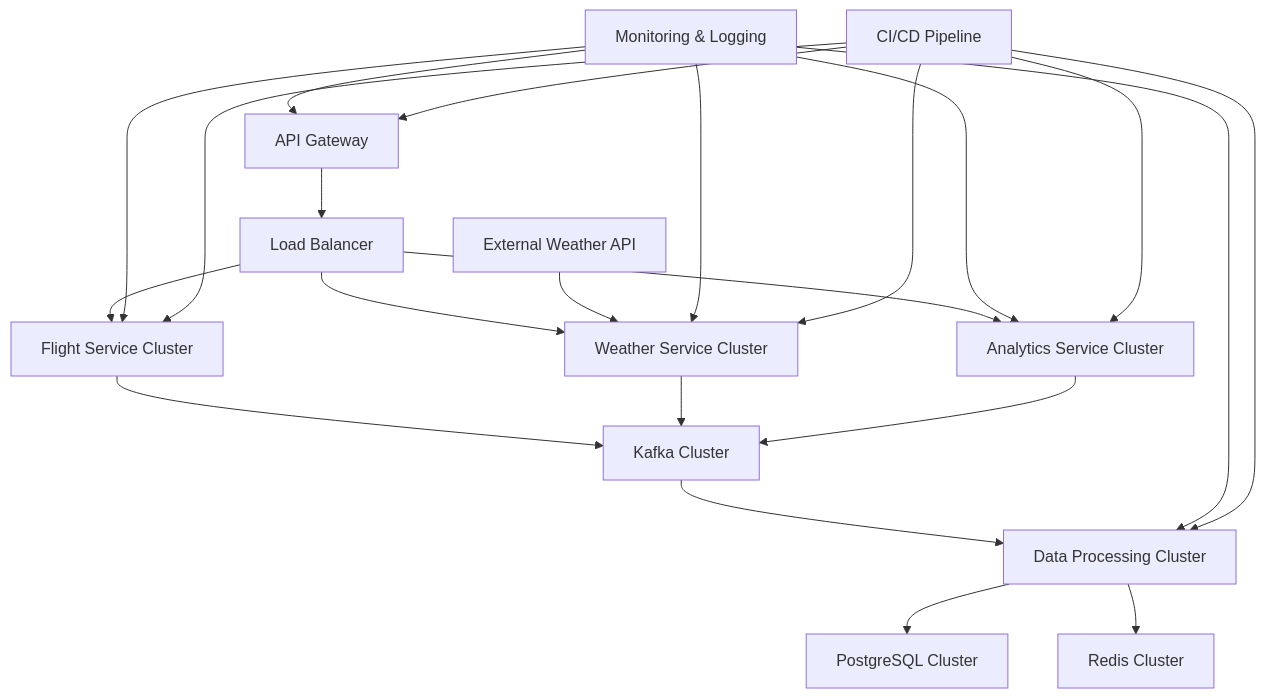
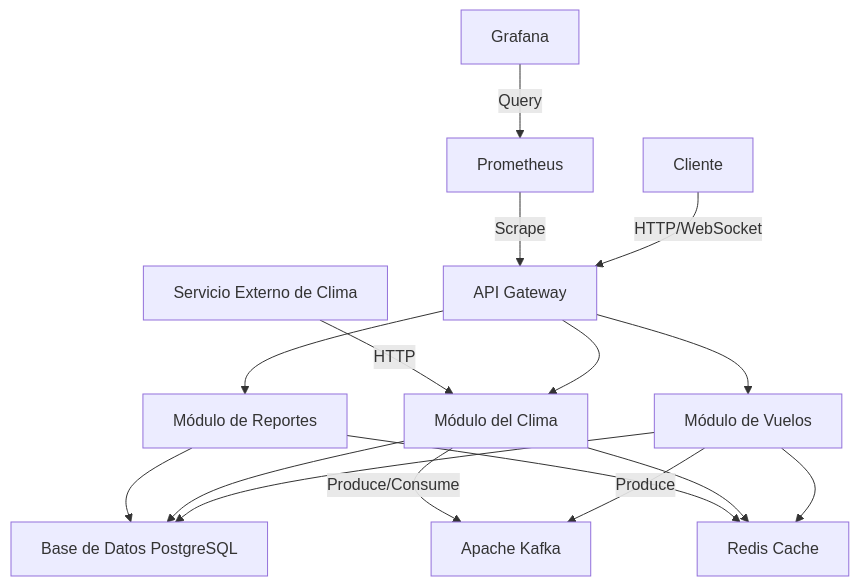
The first of 2 diagrams in README.md (osvalois/aether-backend), drawn with Mermaid before and after one commit. The commit also changed other lines of this file and 6 other files, not shown here.

````diff
--- a/README.md
+++ b/README.md
@@ -81,16 +54,18 @@
 ```mermaid
 graph TD
-    A[API Gateway] --> B[Load Balancer]
-    B --> C[Flight Service Cluster]
-    B --> D[Weather Service Cluster]
-    B --> E[Analytics Service Cluster]
-    C --> F[Kafka Cluster]
+    A[Cliente] -->|HTTP/WebSocket| B[API Gateway]
+    B --> C[Módulo de Vuelos]
+    B --> D[Módulo del Clima]
+    B --> E[Módulo de Reportes]
+    C --> F[Base de Datos PostgreSQL]
     D --> F
     E --> F
-    F --> G[Data Processing Cluster]
-    G --> H[PostgreSQL Cluster]
-    G --> I[Redis Cluster]
-    J[External Weather API] --> D
-    K[Monitoring & Logging] --> A & C & D & E & G
-    L[CI/CD Pipeline] --> A & C & D & E & G
+    C --> G[Redis Cache]
+    D --> G
+    E --> G
+    C -->|Produce| H[Apache Kafka]
+    D -->|Produce/Consume| H
+    I[Servicio Externo de Clima] -->|HTTP| D
+    J[Prometheus] -->|Scrape| B
+    K[Grafana] -->|Query| J
 ```
````
